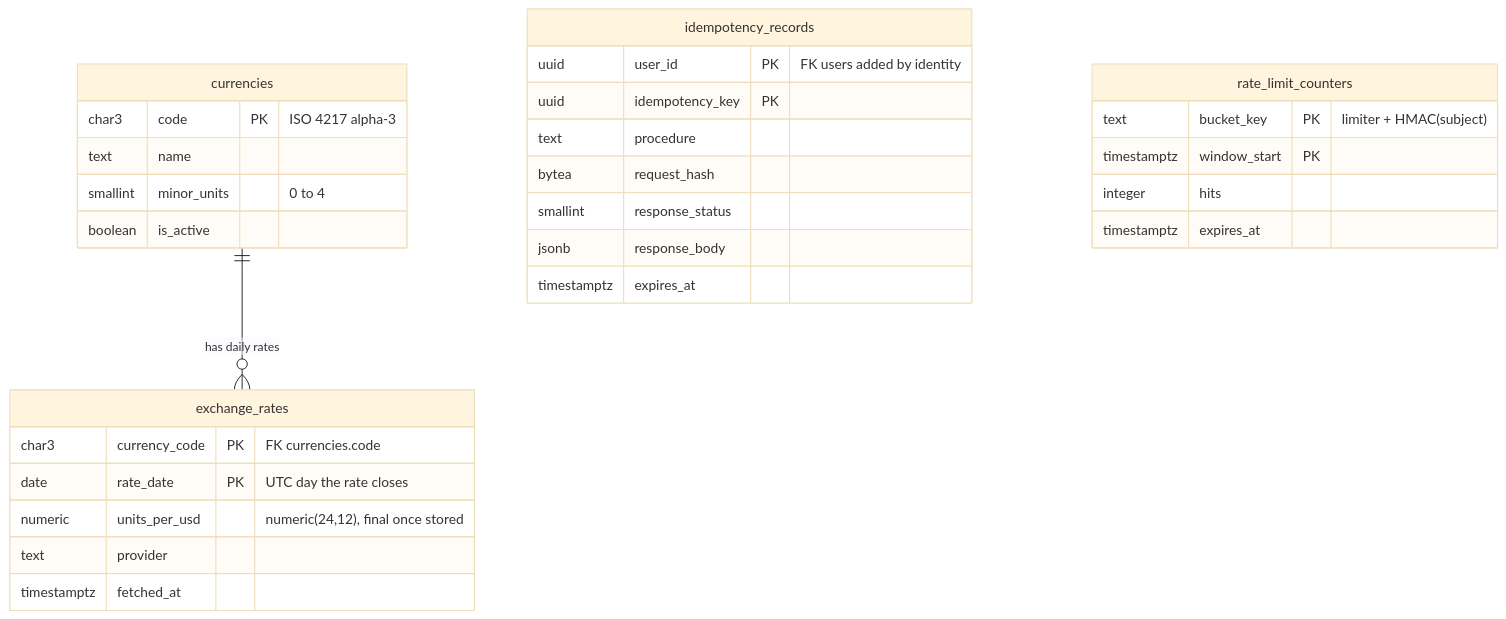
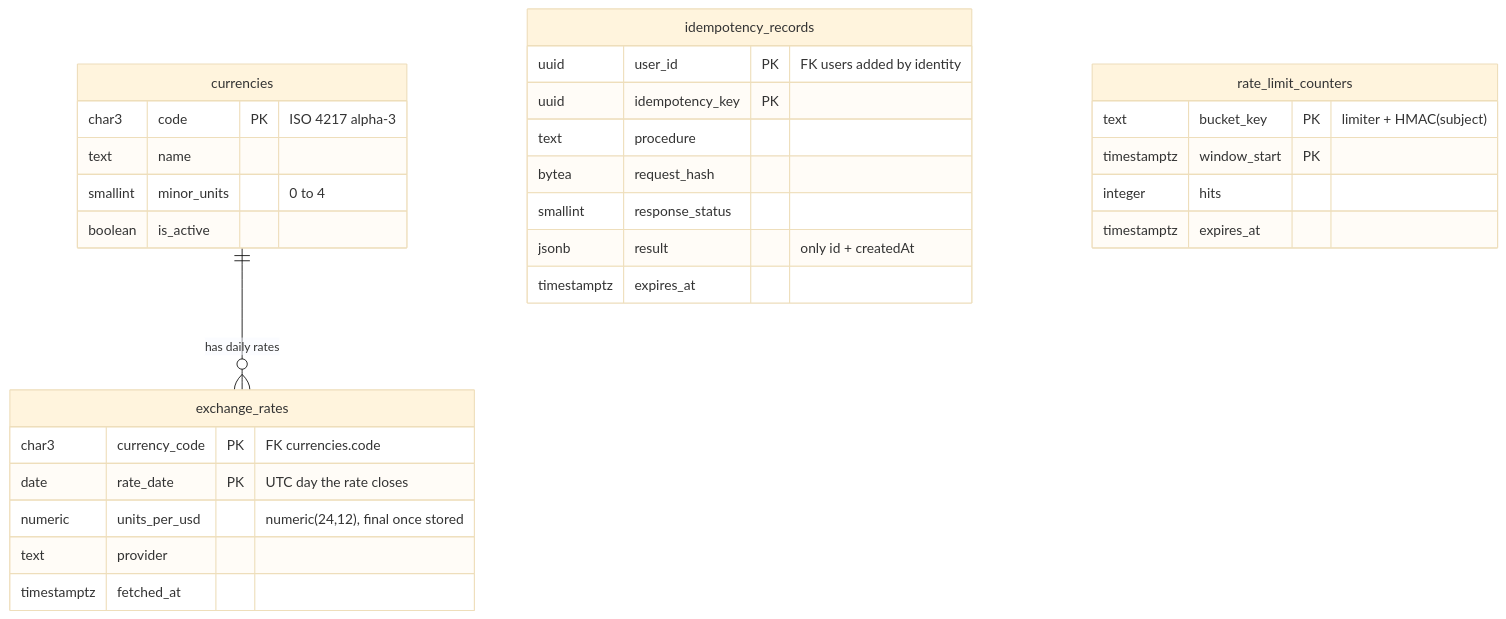
Before and after one commit to ali-hy/Budmon: the first of 9 diagrams in docs/design/platform/hld.md, drawn with Mermaid (base theme). The commit also changed other lines of this file and 1 other file, not shown here.

````diff
--- a/docs/design/platform/hld.md
+++ b/docs/design/platform/hld.md
@@ -118,32 +119,32 @@
 ```mermaid
 erDiagram
   currencies ||--o{ exchange_rates : "has daily rates"
   currencies {
     char3 code PK "ISO 4217 alpha-3"
     text name
     smallint minor_units "0 to 4"
     boolean is_active
   }
   exchange_rates {
     char3 currency_code PK "FK currencies.code"
     date rate_date PK "UTC day the rate closes"
     numeric units_per_usd "numeric(24,12), final once stored"
     text provider
     timestamptz fetched_at
   }
   idempotency_records {
     uuid user_id PK "FK users added by identity"
     uuid idempotency_key PK
     text procedure
     bytea request_hash
     smallint response_status
-    jsonb response_body
+    jsonb result "only id + createdAt"
     timestamptz expires_at
   }
   rate_limit_counters {
     text bucket_key PK "limiter + HMAC(subject)"
     timestamptz window_start PK
     integer hits
     timestamptz expires_at
   }
 ```
````
